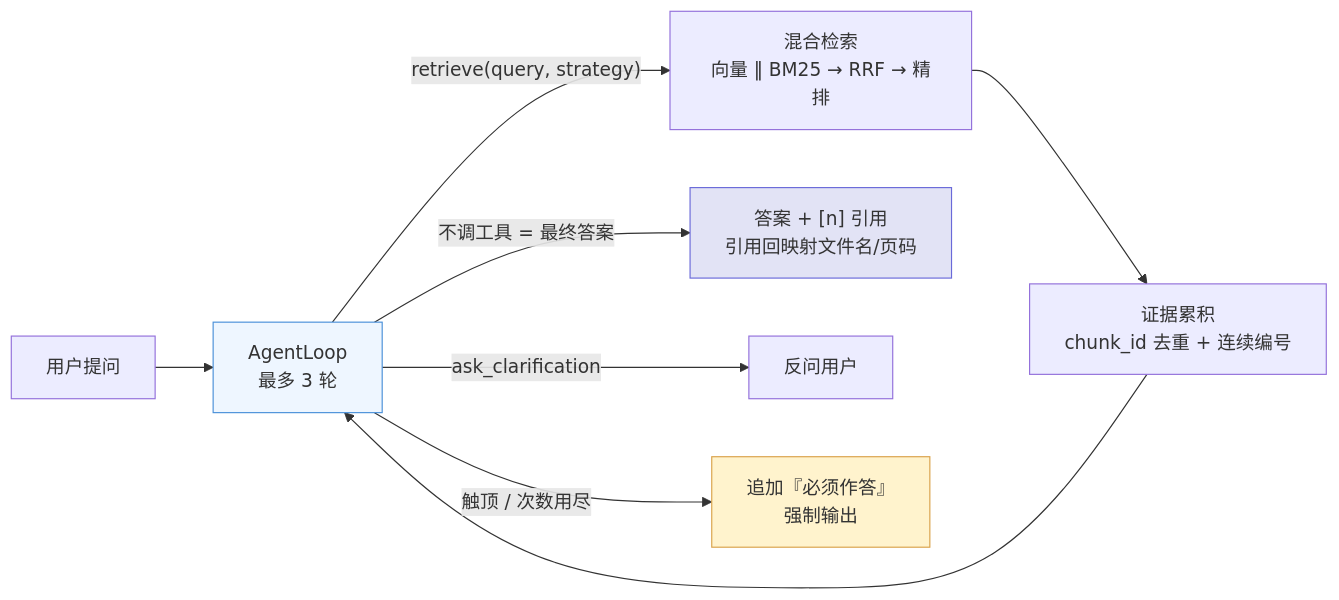
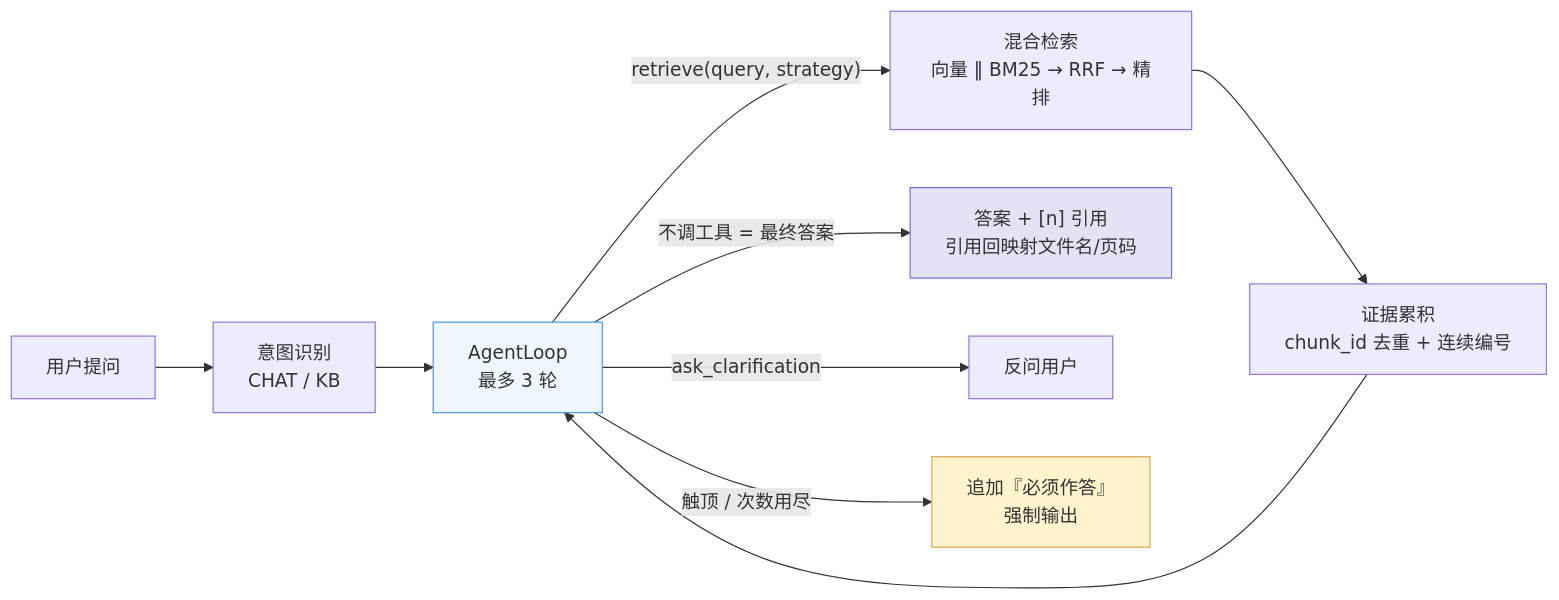
Before and after one commit to Huise1102/Rerank_RAG: the diagram in agent/README.md, drawn with Mermaid. The commit also changed other lines of this file, not shown here.

````diff
--- a/agent/README.md
+++ b/agent/README.md
@@ -26,14 +26,15 @@
 ```mermaid
 flowchart LR
-    Q["用户提问"] --> LOOP["AgentLoop<br/>最多 3 轮"]
+    Q["用户提问"] --> INTENT["意图识别<br/>CHAT / KB"]
+    INTENT --> LOOP["AgentLoop<br/>最多 3 轮"]
     LOOP -->|"retrieve(query, strategy)"| RET["混合检索<br/>向量 ‖ BM25 → RRF → 精排"]
     RET --> EV["证据累积<br/>chunk_id 去重 + 连续编号"]
     EV --> LOOP
     LOOP -->|"不调工具 = 最终答案"| ANS["答案 + [n] 引用<br/>引用回映射文件名/页码"]
     LOOP -->|"ask_clarification"| CLR["反问用户"]
     LOOP -->|"触顶 / 次数用尽"| FORCE["追加『必须作答』<br/>强制输出"]
 
     style LOOP fill:#eef6ff,stroke:#4a90d9
     style ANS fill:#e2e3f5,stroke:#6a6ad9
     style FORCE fill:#fff3cd,stroke:#d9a24a
 ```
````
